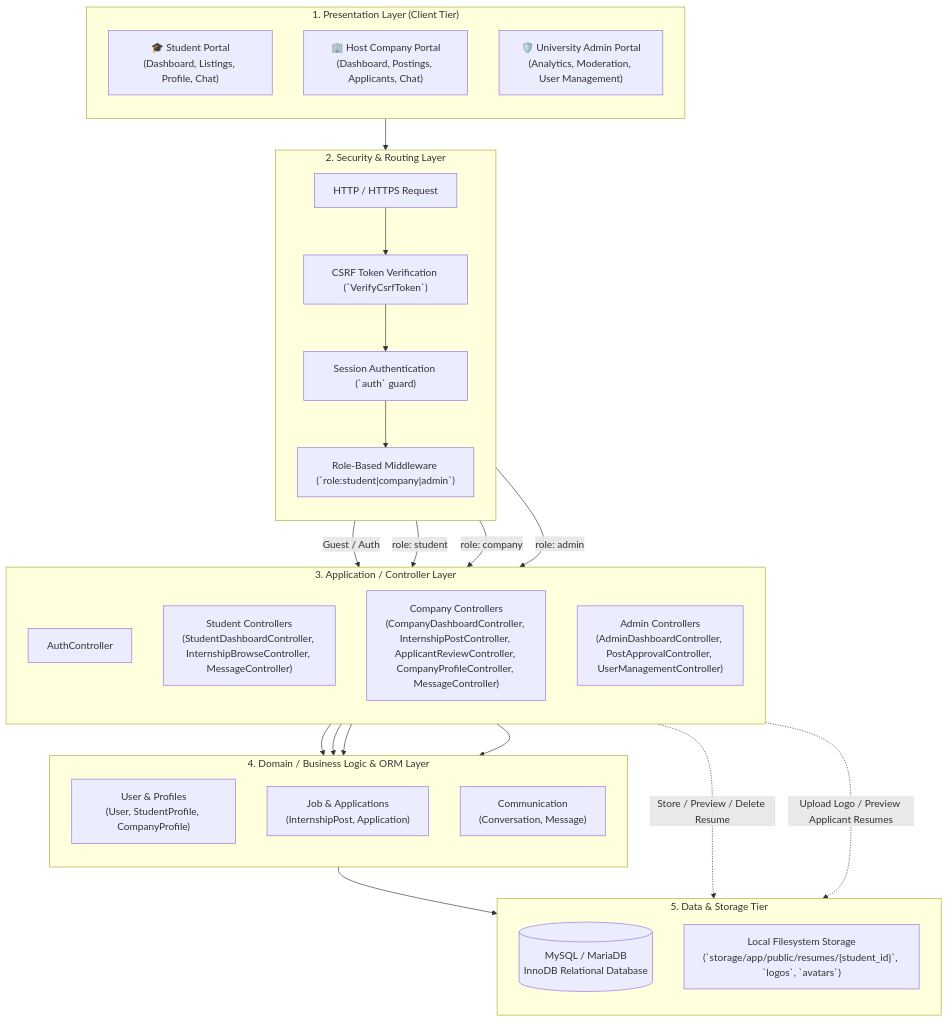
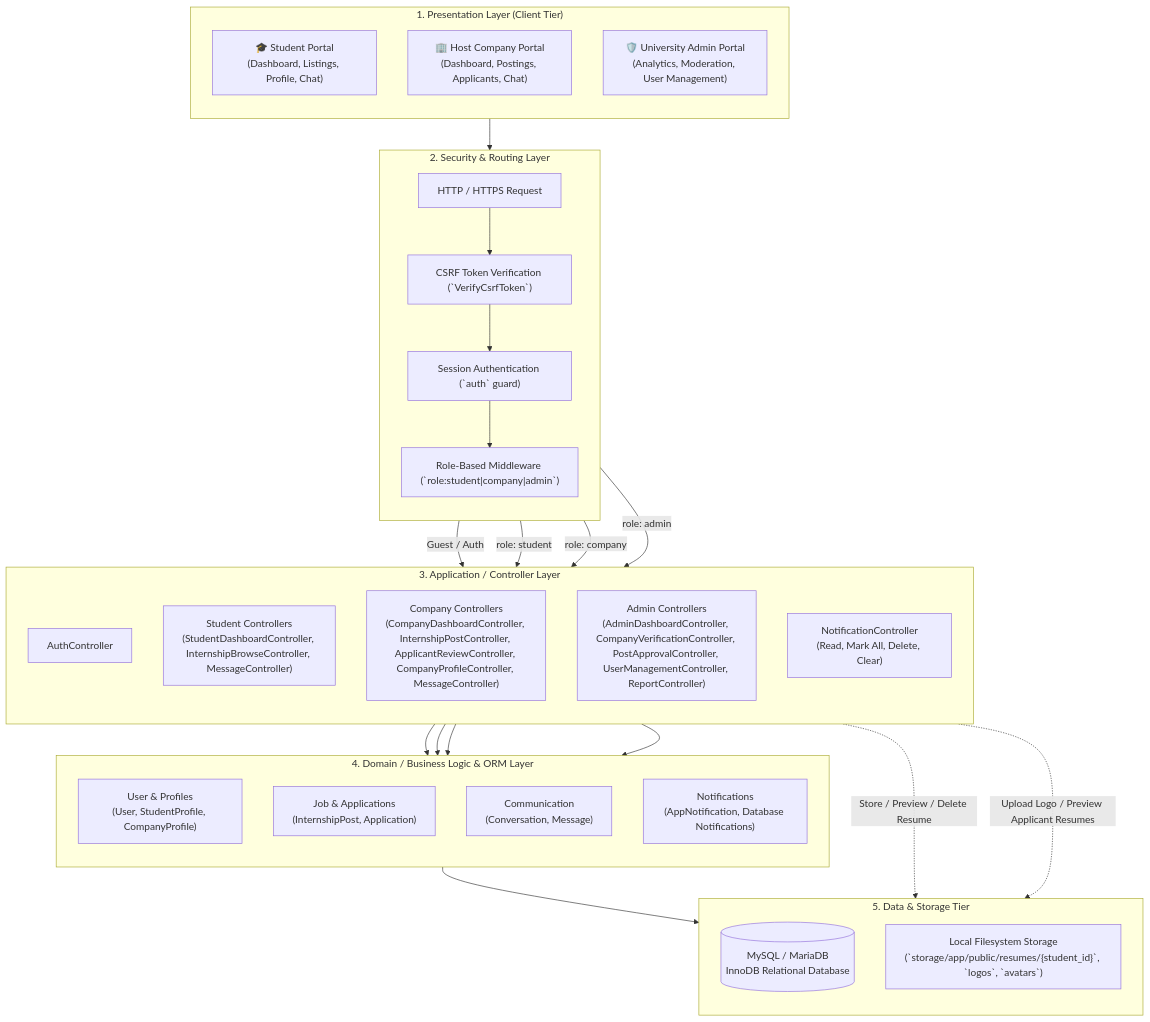
One commit to thonpheara/InternshipMS changed the first of 2 diagrams in docs/SYSTEM_ARCHITECTURE.md. Above: the diagram before and after it, drawn with Mermaid. The commit also changed other lines of this file and 1 other file, not shown here.

````diff
--- a/docs/SYSTEM_ARCHITECTURE.md
+++ b/docs/SYSTEM_ARCHITECTURE.md
@@ -25,57 +25,59 @@
 ```mermaid
 flowchart TB
     subgraph ClientLayer ["1. Presentation Layer (Client Tier)"]
         direction TB
         UI1["🎓 Student Portal<br/>(Dashboard, Listings, Profile, Chat)"]
         UI2["🏢 Host Company Portal<br/>(Dashboard, Postings, Applicants, Chat)"]
         UI3["🛡️ University Admin Portal<br/>(Analytics, Moderation, User Management)"]
     end
 
     subgraph SecurityLayer ["2. Security & Routing Layer"]
         direction TB
         HTTP["HTTP / HTTPS Request"]
         CSRF["CSRF Token Verification (`VerifyCsrfToken`)"]
         AUTH["Session Authentication (`auth` guard)"]
         RBAC["Role-Based Middleware (`role:student|company|admin`)"]
     end
 
     subgraph ControllerLayer ["3. Application / Controller Layer"]
         direction TB
         C_Auth["AuthController"]
         C_Student["Student Controllers<br/>(StudentDashboardController, InternshipBrowseController, MessageController)"]
         C_Company["Company Controllers<br/>(CompanyDashboardController, InternshipPostController, ApplicantReviewController, CompanyProfileController, MessageController)"]
-        C_Admin["Admin Controllers<br/>(AdminDashboardController, PostApprovalController, UserManagementController)"]
+        C_Admin["Admin Controllers<br/>(AdminDashboardController, CompanyVerificationController, PostApprovalController, UserManagementController, ReportController)"]
+        C_Notify["NotificationController<br/>(Read, Mark All, Delete, Clear)"]
     end
 
     subgraph DomainLayer ["4. Domain / Business Logic & ORM Layer"]
         direction TB
         M_User["User & Profiles<br/>(User, StudentProfile, CompanyProfile)"]
         M_Post["Job & Applications<br/>(InternshipPost, Application)"]
         M_Chat["Communication<br/>(Conversation, Message)"]
+        M_Notify["Notifications<br/>(AppNotification, Database Notifications)"]
     end
 
     subgraph PersistenceLayer ["5. Data & Storage Tier"]
         direction TB
         DB[("MySQL / MariaDB<br/>InnoDB Relational Database")]
         FILES["Local Filesystem Storage<br/>(`storage/app/public/resumes/{student_id}`, `logos`, `avatars`)"]
     end
 
     ClientLayer --> HTTP
     HTTP --> CSRF
     CSRF --> AUTH
     AUTH --> RBAC
 
     RBAC -->|Guest / Auth| C_Auth
     RBAC -->|role: student| C_Student
     RBAC -->|role: company| C_Company
     RBAC -->|role: admin| C_Admin
 
     C_Auth --> M_User
     C_Student --> DomainLayer
     C_Company --> DomainLayer
     C_Admin --> DomainLayer
 
     DomainLayer --> DB
     C_Student -.->|Store / Preview / Delete Resume| FILES
     C_Company -.->|Upload Logo / Preview Applicant Resumes| FILES
 ```
````
